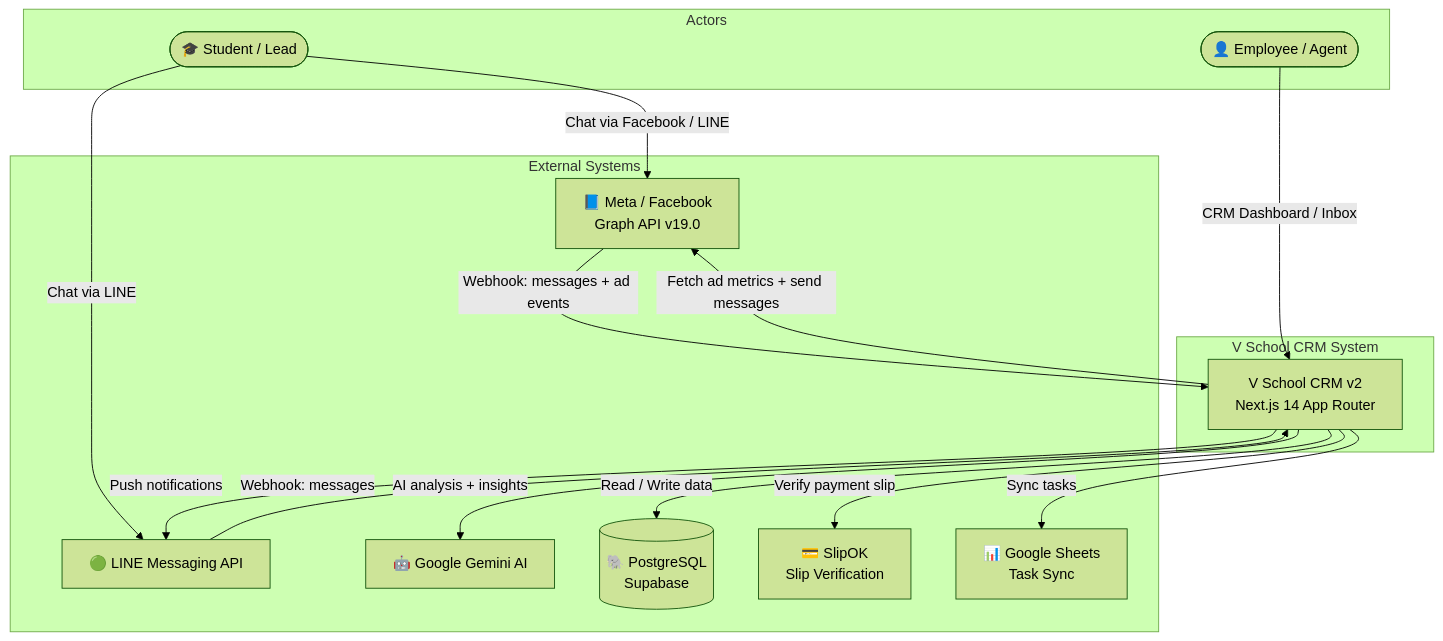
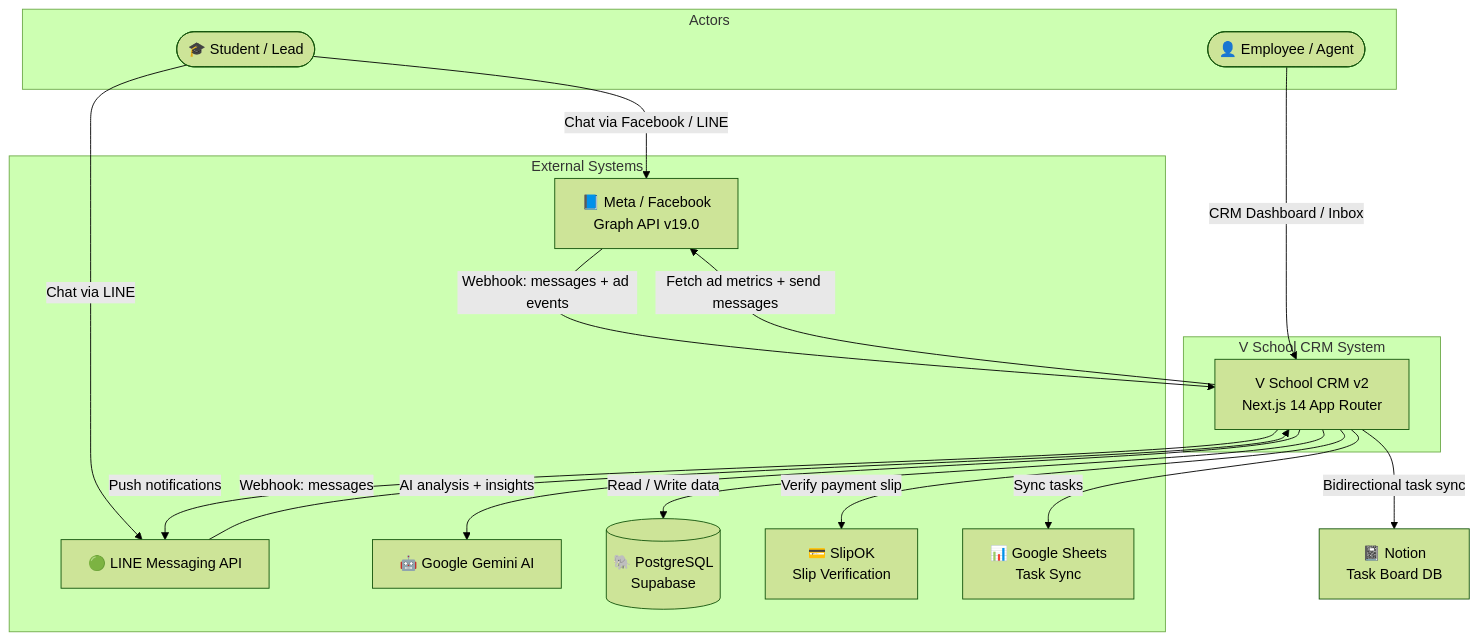
One commit to Freshair129/crmapp changed the first of 6 diagrams in docs/architecture/arc42-main.md. Above: the diagram before and after it, drawn with Mermaid (forest theme). The commit also changed other lines of this file and 3 other files, not shown here.

First line of the commit message:
docs: update system_requirements.yaml + ERD + arc42 for v2.1.0 Phase 37

````diff
--- a/docs/architecture/arc42-main.md
+++ b/docs/architecture/arc42-main.md
@@ -32,34 +34,35 @@
 ```mermaid
 graph TB
     subgraph Actors
         Student([🎓 Student / Lead])
         Employee([👤 Employee / Agent])
     end
 
     subgraph VSchool_CRM [V School CRM System]
         CRM[V School CRM v2\nNext.js 14 App Router]
     end
 
     subgraph External_Systems [External Systems]
         Meta[📘 Meta / Facebook\nGraph API v19.0]
         LINE[🟢 LINE Messaging API]
         Gemini[🤖 Google Gemini AI]
         Supabase[(🐘 PostgreSQL\nSupabase)]
         SlipOK[💳 SlipOK\nSlip Verification]
         Sheets[📊 Google Sheets\nTask Sync]
     end
 
     Student -->|Chat via Facebook / LINE| Meta
     Student -->|Chat via LINE| LINE
     Employee -->|CRM Dashboard / Inbox| CRM
 
     Meta -->|Webhook: messages + ad events| CRM
     LINE -->|Webhook: messages| CRM
 
     CRM -->|Fetch ad metrics + send messages| Meta
     CRM -->|Push notifications| LINE
     CRM -->|AI analysis + insights| Gemini
     CRM -->|Read / Write data| Supabase
     CRM -->|Verify payment slip| SlipOK
     CRM -->|Sync tasks| Sheets
+    CRM -->|Bidirectional task sync| Notion[📓 Notion\nTask Board DB]
 ```
````
